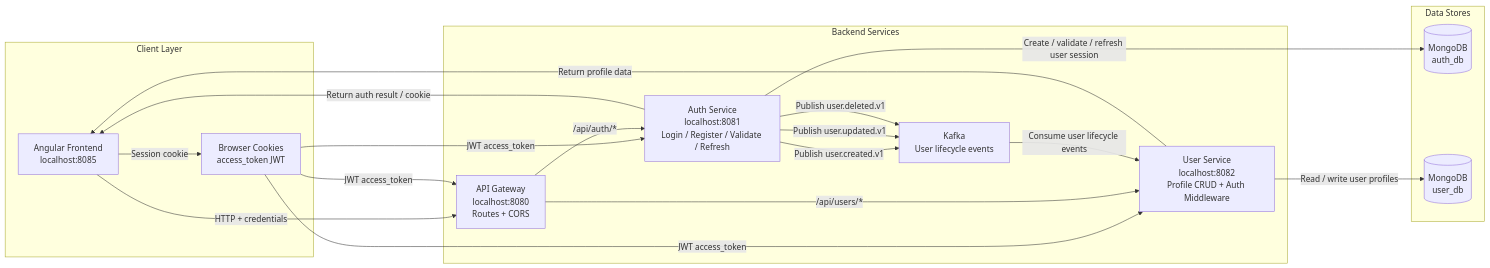
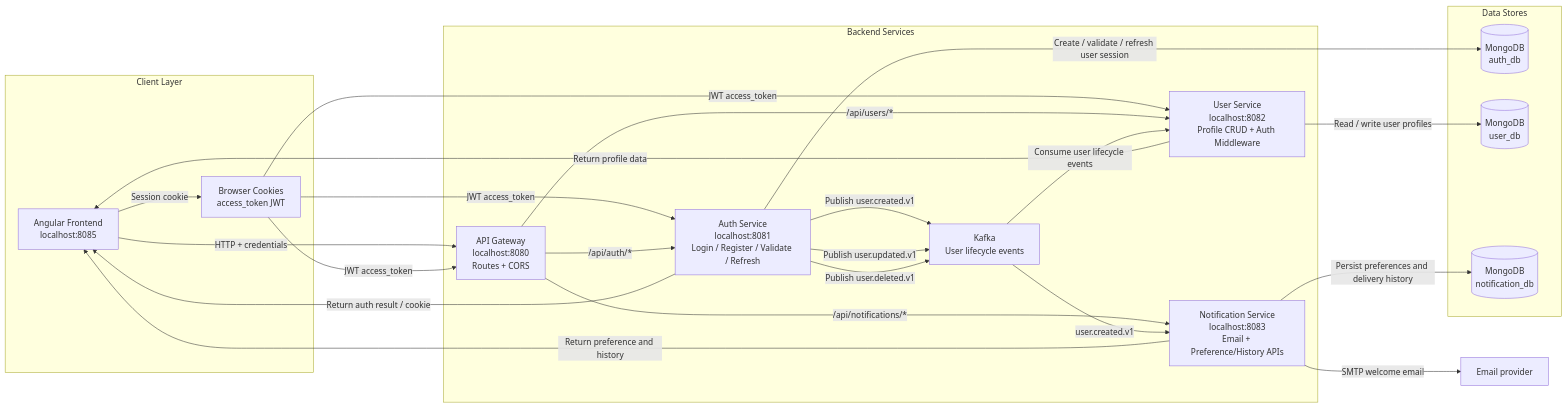
One commit to manish8561/project_with_cursor changed the first of 3 diagrams in backend/architect.md. Above: the diagram before and after it, drawn with Mermaid. The commit also changed other lines of this file and 26 other files, not shown here.

First line of the commit message:
feat: Implement notification service with email preferences and history

````diff
--- a/backend/architect.md
+++ b/backend/architect.md
@@ -7,39 +7,46 @@
 ```mermaid
 flowchart LR
     subgraph Client[Client Layer]
         FE[Angular Frontend\nlocalhost:8085]
         BROWSER[Browser Cookies\naccess_token JWT]
     end
 
     subgraph Backend[Backend Services]
         GW[API Gateway\nlocalhost:8080\nRoutes + CORS]
         AS[Auth Service\nlocalhost:8081\nLogin / Register / Validate / Refresh]
         US[User Service\nlocalhost:8082\nProfile CRUD + Auth Middleware]
+        NS[Notification Service\nlocalhost:8083\nEmail + Preference/History APIs]
         KAFKA[Kafka\nUser lifecycle events]
     end
 
     subgraph Data[Data Stores]
         AUTHDB[(MongoDB\nauth_db)]
         USERDB[(MongoDB\nuser_db)]
+        NOTIFYDB[(MongoDB\nnotification_db)]
     end
 
     FE -->|HTTP + credentials| GW
     FE -->|Session cookie| BROWSER
     BROWSER -->|JWT access_token| GW
     BROWSER -->|JWT access_token| AS
     BROWSER -->|JWT access_token| US
 
     GW -->|/api/auth/*| AS
     GW -->|/api/users/*| US
+    GW -->|/api/notifications/*| NS
 
     AS -->|Create / validate / refresh user session| AUTHDB
     AS -->|Publish user.created.v1| KAFKA
     AS -->|Publish user.updated.v1| KAFKA
     AS -->|Publish user.deleted.v1| KAFKA
 
     KAFKA -->|Consume user lifecycle events| US
     US -->|Read / write user profiles| USERDB
+    KAFKA -->|user.created.v1| NS
+    NS -->|Persist preferences and delivery history| NOTIFYDB
+    NS -->|SMTP welcome email| EMAIL[Email provider]
 
     US -->|Return profile data| FE
     AS -->|Return auth result / cookie| FE
+    NS -->|Return preference and history| FE
 ```
````
